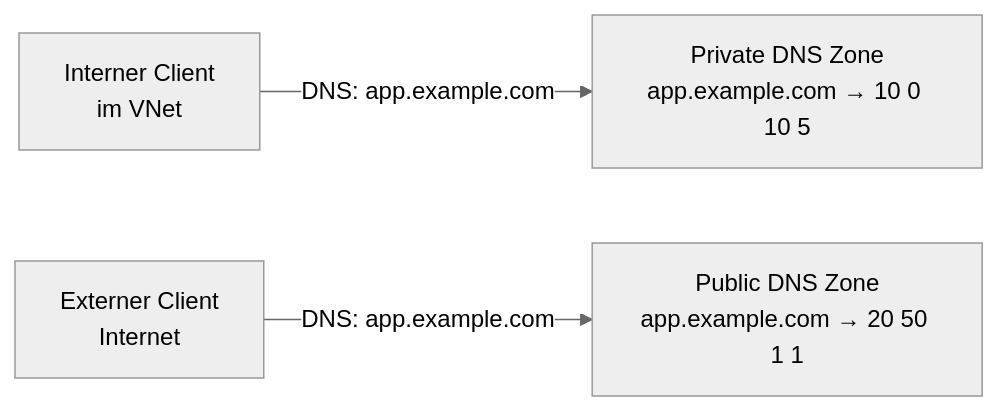
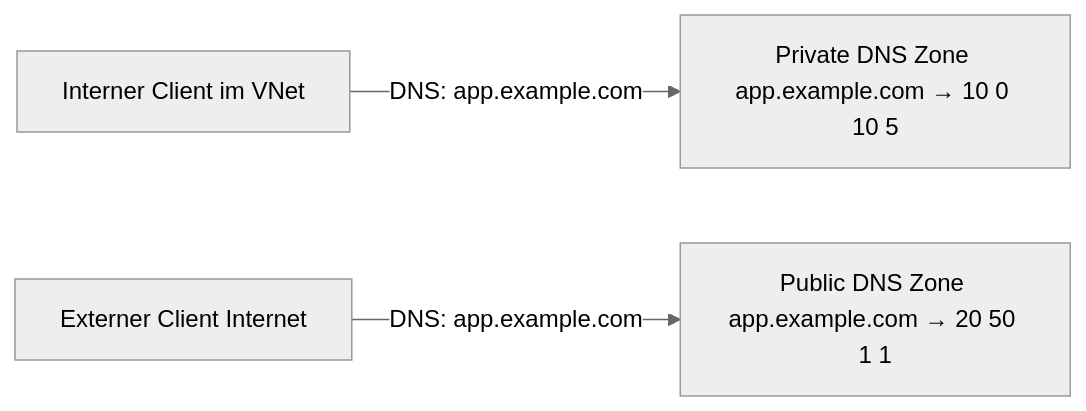
Before and after one commit to SoniiiT/notes-n-docs: the eighth of 8 diagrams in Microsoft 365/Azure/Netzwerk/Azure DNS.md, drawn with Mermaid (neutral theme). The commit also changed other lines of this file and 124 other files, not shown here.

First line of the commit message:
fix: Entferne \n aus allen Mermaid-Diagrammen (125 Dateien)

````diff
--- a/Microsoft 365/Azure/Netzwerk/Azure DNS.md
+++ b/Microsoft 365/Azure/Netzwerk/Azure DNS.md
@@ -305,5 +305,5 @@
 ```mermaid
 graph LR
-    INT_CLIENT[Interner Client\nim VNet] -->|DNS: app.example.com| INT_ZONE[Private DNS Zone\napp.example.com → 10 0 10 5]
-    EXT_CLIENT[Externer Client\nInternet] -->|DNS: app.example.com| PUB_ZONE[Public DNS Zone\napp.example.com → 20 50 1 1]
+    INT_CLIENT[Interner Client im VNet] -->|DNS: app.example.com| INT_ZONE[Private DNS Zone app.example.com → 10 0 10 5]
+    EXT_CLIENT[Externer Client Internet] -->|DNS: app.example.com| PUB_ZONE[Public DNS Zone app.example.com → 20 50 1 1]
 ```
````
